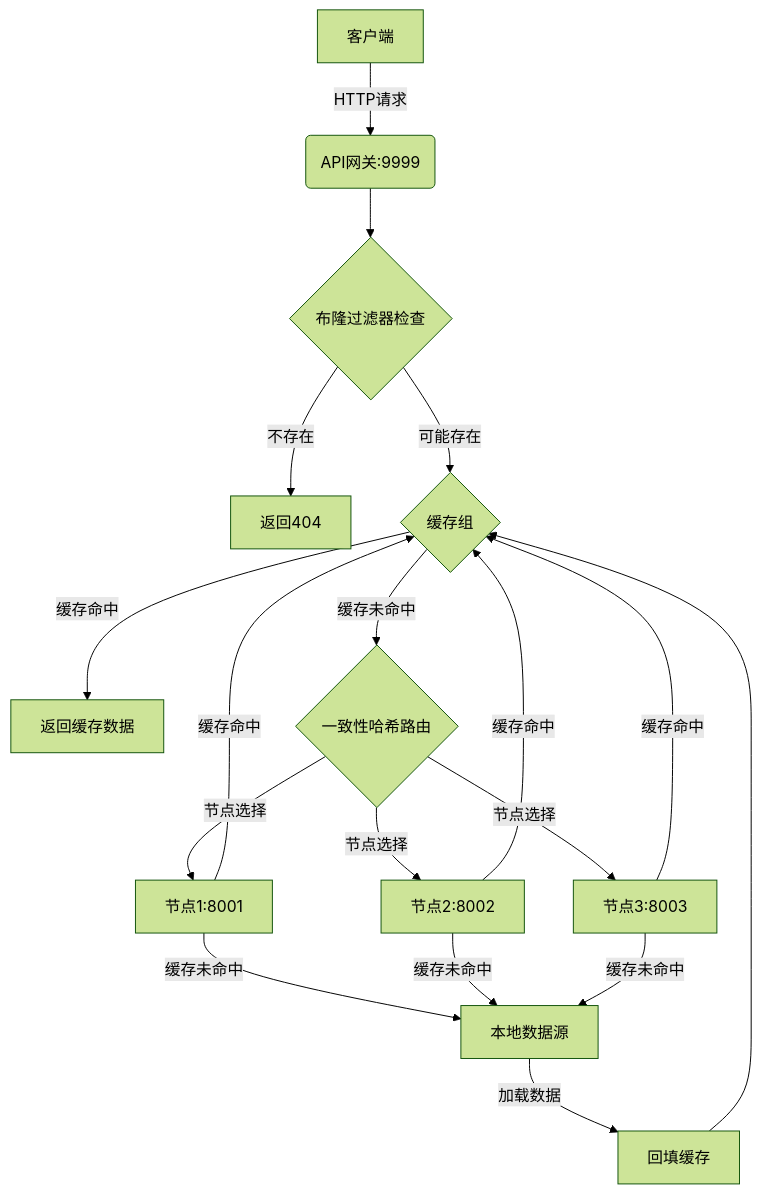
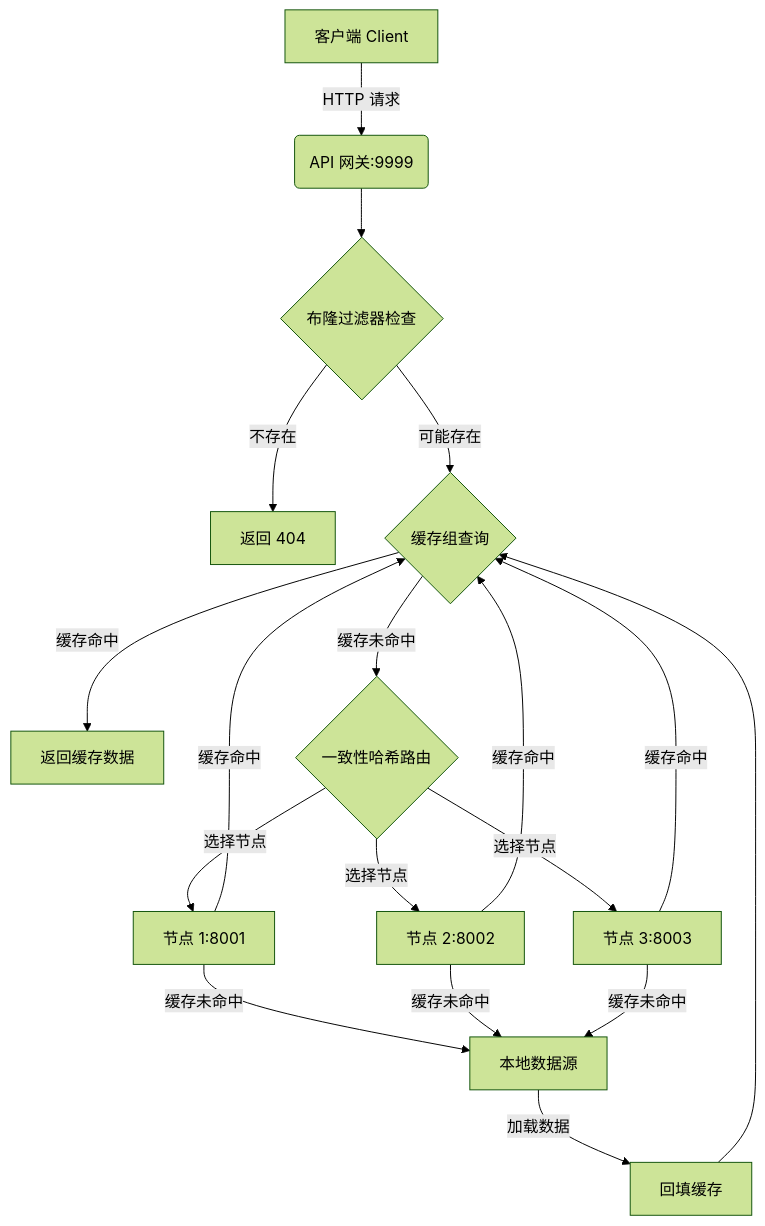
Before and after one commit to LudensCS/Cache: the first of 2 diagrams in README.md, drawn with Mermaid (forest theme). The commit also changed other lines of this file, not shown here.

````diff
--- a/README.md
+++ b/README.md
@@ -65,20 +103,20 @@
 ```mermaid
 graph TD
-    A[客户端] -->|HTTP请求| B(API网关:9999)
+    A[客户端 Client] -->|HTTP 请求| B(API 网关:9999)
     B --> C{布隆过滤器检查}
-    C -->|不存在| D[返回404]
-    C -->|可能存在| E{缓存组}
+    C -->|不存在| D[返回 404]
+    C -->|可能存在| E{缓存组查询}
     E -->|缓存命中| F[返回缓存数据]
     E -->|缓存未命中| G{一致性哈希路由}
-    G -->|节点选择| H[节点1:8001]
-    G -->|节点选择| I[节点2:8002]
-    G -->|节点选择| J[节点3:8003]
+    G -->|选择节点| H[节点 1:8001]
+    G -->|选择节点| I[节点 2:8002]
+    G -->|选择节点| J[节点 3:8003]
     H -->|缓存命中| E
     I -->|缓存命中| E
     J -->|缓存命中| E
     H -->|缓存未命中| K[本地数据源]
     I -->|缓存未命中| K
     J -->|缓存未命中| K
     K -->|加载数据| L[回填缓存]
     L --> E
 ```
````
